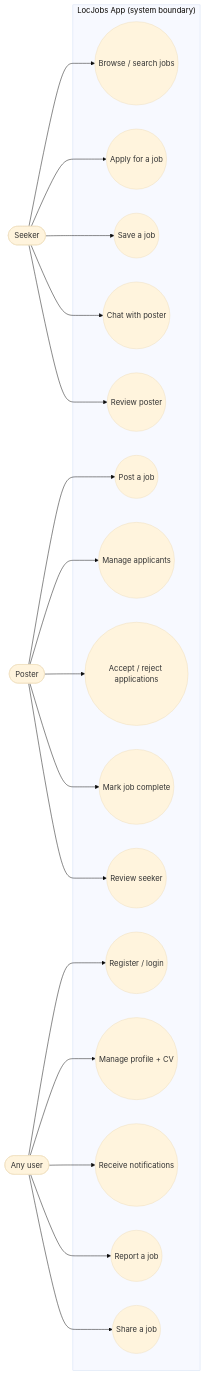
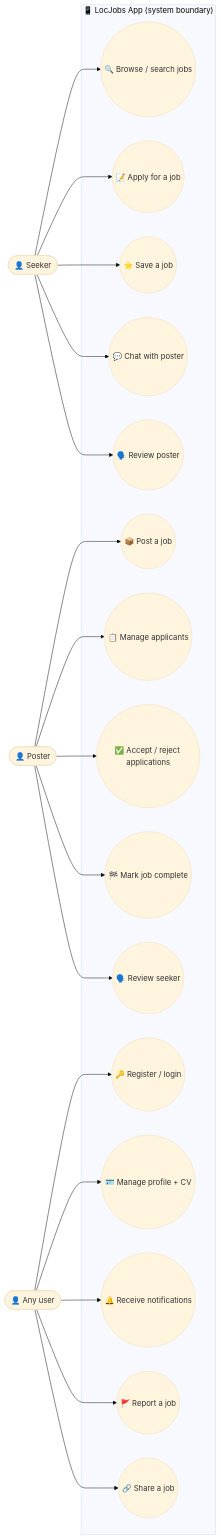
Before and after one commit to phyothant-dev/loc-jobs: the fifth of 5 diagrams in DIAGRAMS.md, drawn with Mermaid (base theme). The commit also changed other lines of this file, not shown here.

Commit message:
docs: expand sequence diagram into 5-phase full app flow; add person/app icons to use-case diagram

````diff
--- a/DIAGRAMS.md
+++ b/DIAGRAMS.md
@@ -336,36 +407,36 @@
 ```mermaid
 flowchart LR
-    A1(["Seeker"]) --> U1(("Browse / search jobs"))
-    A1 --> U2(("Apply for a job"))
-    A1 --> U3(("Save a job"))
-    A1 --> U4(("Chat with poster"))
-    A1 --> U5(("Review poster"))
-    A2(["Poster"]) --> U6(("Post a job"))
-    A2 --> U7(("Manage applicants"))
-    A2 --> U8(("Accept / reject applications"))
-    A2 --> U9(("Mark job complete"))
-    A2 --> U10(("Review seeker"))
-    A3(["Any user"]) --> U11(("Register / login"))
-    A3 --> U12(("Manage profile + CV"))
-    A3 --> U13(("Receive notifications"))
-    A3 --> U14(("Report a job"))
-    A3 --> U15(("Share a job"))
+    A1(["👤 Seeker"]) --> U1(("🔍 Browse / search jobs"))
+    A1 --> U2(("📝 Apply for a job"))
+    A1 --> U3(("⭐ Save a job"))
+    A1 --> U4(("💬 Chat with poster"))
+    A1 --> U5(("🗣️ Review poster"))
+    A2(["👤 Poster"]) --> U6(("📦 Post a job"))
+    A2 --> U7(("📋 Manage applicants"))
+    A2 --> U8(("✅ Accept / reject applications"))
+    A2 --> U9(("🏁 Mark job complete"))
+    A2 --> U10(("🗣️ Review seeker"))
+    A3(["👤 Any user"]) --> U11(("🔑 Register / login"))
+    A3 --> U12(("🪪 Manage profile + CV"))
+    A3 --> U13(("🔔 Receive notifications"))
+    A3 --> U14(("🚩 Report a job"))
+    A3 --> U15(("🔗 Share a job"))
 
-    subgraph SYSTEM["LocJobs App (system boundary)"]
+    subgraph SYSTEM["📱 LocJobs App (system boundary)"]
         U1
         U2
         U3
         U4
         U5
         U6
         U7
         U8
         U9
         U10
         U11
         U12
         U13
         U14
         U15
     end
 ```
````
